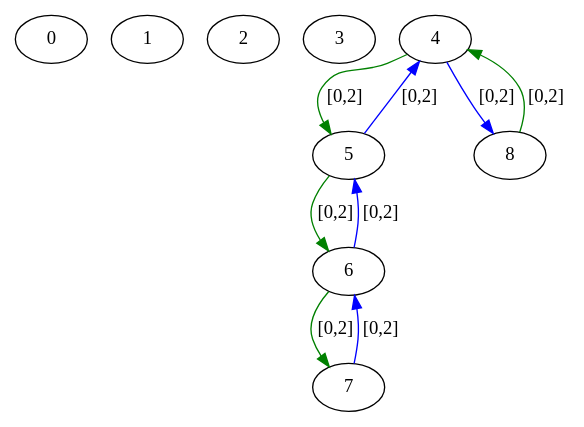
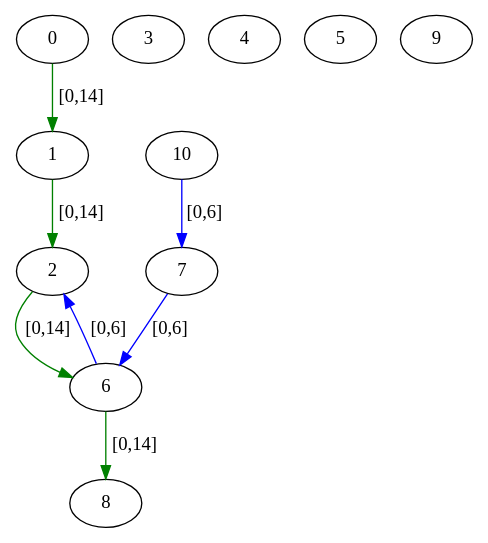
One commit to Hebbe1234/ExpectAll changed the diagram in src/assignedGraphs/assigned.dot. Above: the diagram before and after it, drawn with Graphviz. The commit also changed 3 other files, not shown here.

```diff
--- a/src/assignedGraphs/assigned.dot
+++ b/src/assignedGraphs/assigned.dot
@@ -1,19 +1,20 @@
 digraph  {
-0 [Country="United States", Internal=1, Latitude="42.37843", Longitude="-71.11644", label=0];
-1 [Country="United States", Internal=1, Latitude="37.45383", Longitude="-122.18219", label=1];
-2 [Country="United States", Internal=1, Latitude="34.42083", Longitude="-119.69819", label=2];
-3 [Country="United States", Internal=1, Latitude="34.05223", Longitude="-118.24368", label=3];
-4 [Country="United States", Internal=1, Latitude="34.01945", Longitude="-118.49119", label=4];
-5 [Country="United States", Internal=1, Latitude="34.01945", Longitude="-118.49119", label=5];
-6 [Country="United States", Internal=1, Latitude="40.76078", Longitude="-111.89105", label=6];
-7 [Country="United States", Internal=1, Latitude="42.35954", Longitude="-71.09172", label=7];
-8 [Country="United States", Internal=1, Latitude="42.3751", Longitude="-71.10561", label=8];
-4 -> 8  [color=blue, key=0, label="[0,2]"];
-4 -> 5  [color=green, key=0, label="[0,2]"];
-5 -> 4  [color=blue, key=0, label="[0,2]"];
-5 -> 6  [color=green, key=0, label="[0,2]"];
-6 -> 5  [color=blue, key=0, label="[0,2]"];
-6 -> 7  [color=green, key=0, label="[0,2]"];
-7 -> 6  [color=blue, key=0, label="[0,2]"];
-8 -> 4  [color=green, key=0, label="[0,2]"];
+0 [label=0];
+1 [label=1];
+2 [label=2];
+3 [label=3];
+4 [label=4];
+5 [label=5];
+6 [label=6];
+7 [label=7];
+8 [label=8];
+9 [label=9];
+10 [label=10];
+0 -> 1  [color=green, key=0, label="[0,14]"];
+1 -> 2  [color=green, key=0, label="[0,14]"];
+2 -> 6  [color=green, key=0, label="[0,14]"];
+6 -> 2  [color=blue, key=0, label="[0,6]"];
+6 -> 8  [color=green, key=0, label="[0,14]"];
+7 -> 6  [color=blue, key=0, label="[0,6]"];
+10 -> 7  [color=blue, key=0, label="[0,6]"];
 }
```
